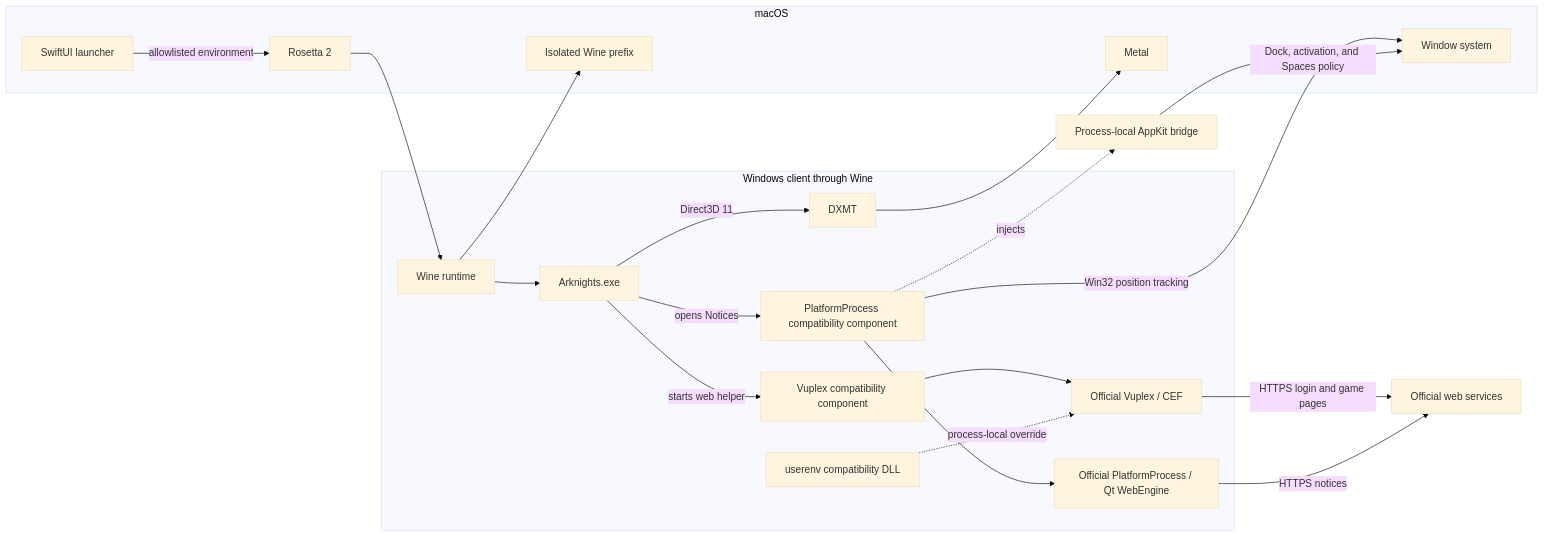
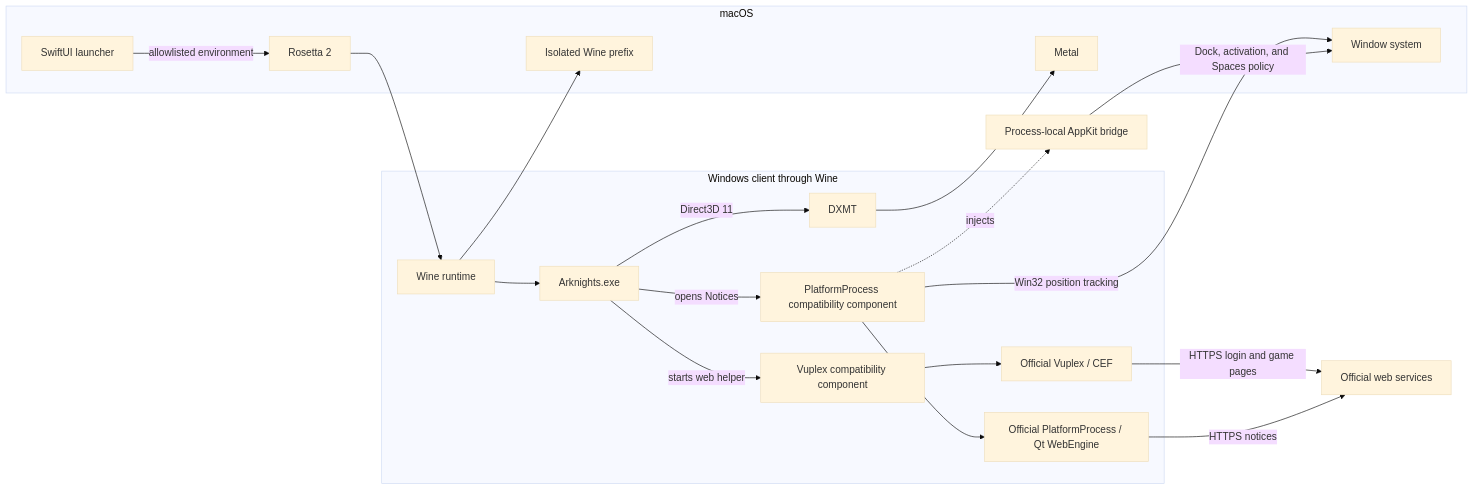
The first of 4 diagrams in docs/development/architecture/launch-and-process-lifecycle.md (LuMiSxh/Arknights-MacOS-Client), drawn with Mermaid (base theme) before and after one commit. The commit also changed other lines of this file and 9 other files, not shown here.

````diff
--- a/docs/development/architecture/launch-and-process-lifecycle.md
+++ b/docs/development/architecture/launch-and-process-lifecycle.md
@@ -63,39 +63,37 @@
 ```mermaid
 flowchart LR
 	subgraph macOS
 		Launcher[SwiftUI launcher]
 		Rosetta[Rosetta 2]
 		Metal[Metal]
 		Prefix[Isolated Wine prefix]
 		WindowSystem[Window system]
 	end
 
 	subgraph Windows client through Wine
 		Wine[Wine runtime]
 		Game[Arknights.exe]
 		DXMT[DXMT]
 		VuplexComponent[Vuplex compatibility component]
 		CEF[Official Vuplex / CEF]
-		Userenv[userenv compatibility DLL]
 		PlatformComponent[PlatformProcess compatibility component]
 		Platform[Official PlatformProcess / Qt WebEngine]
 	end
 	Bridge[Process-local AppKit bridge]
 
 	Launcher -->|allowlisted environment| Rosetta
 	Rosetta --> Wine
 	Wine --> Prefix
 	Wine --> Game
 	Game -->|Direct3D 11| DXMT
 	DXMT --> Metal
 	Game -->|starts web helper| VuplexComponent
 	VuplexComponent --> CEF
-	Userenv -. process-local override .-> CEF
 	CEF -->|HTTPS login and game pages| Web[Official web services]
 	Game -->|opens Notices| PlatformComponent
 	PlatformComponent --> Platform
 	PlatformComponent -. injects .-> Bridge
 	PlatformComponent -->|Win32 position tracking| WindowSystem
 	Bridge -->|Dock, activation, and Spaces policy| WindowSystem
 	Platform -->|HTTPS notices| Web
 ```
````
